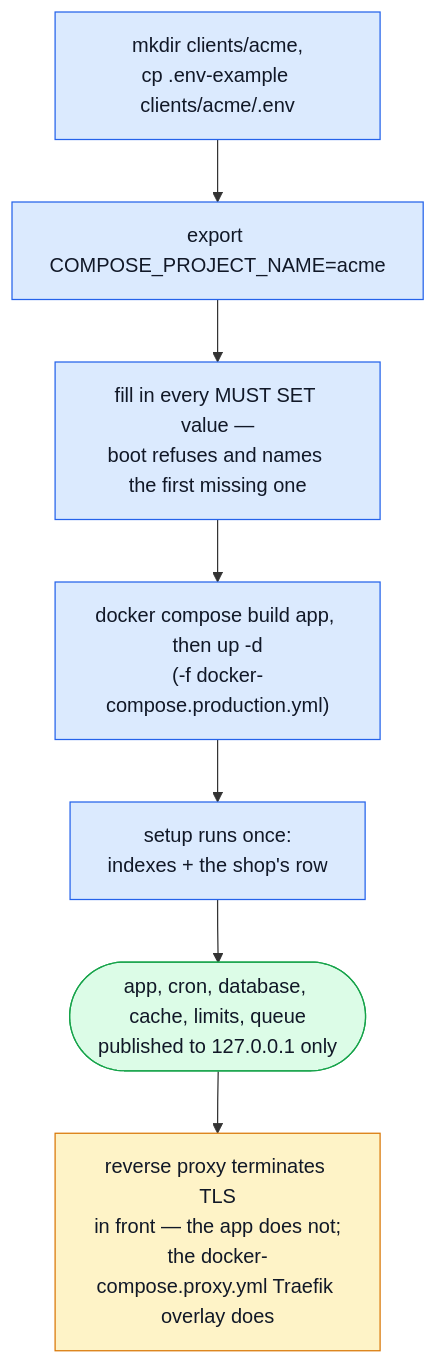
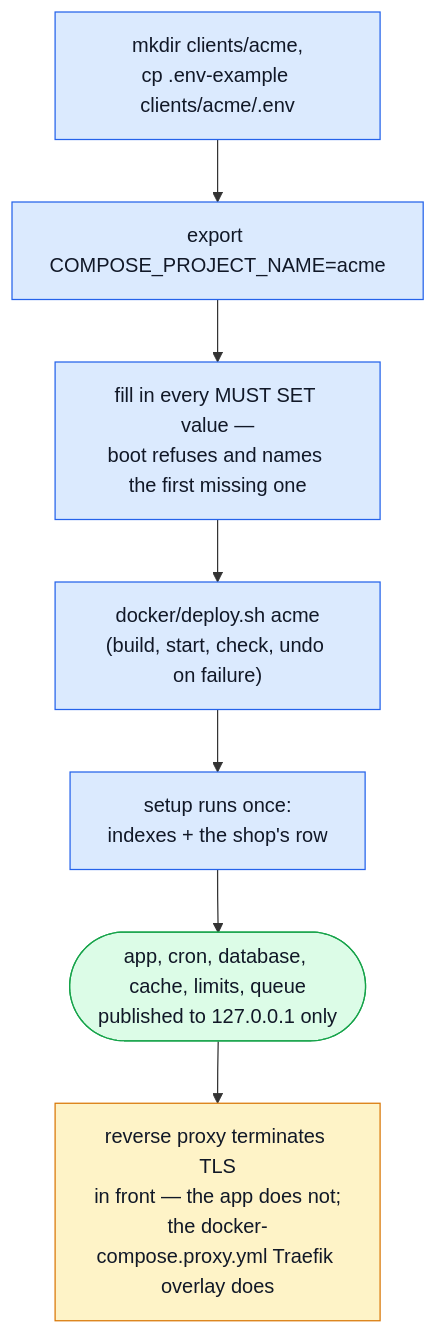
Before and after one commit to Guebbit/boilerplate-node-backend: the first of 3 diagrams in docs/getting-started-production.md, drawn with Mermaid. The commit also changed other lines of this file and 13 other files, not shown here.

````diff
--- a/docs/getting-started-production.md
+++ b/docs/getting-started-production.md
@@ -19,16 +19,16 @@
 ```mermaid
 flowchart TD
     Dir["mkdir clients/acme,\ncp .env-example clients/acme/.env"] --> Name["export COMPOSE_PROJECT_NAME=acme"]
     Name --> Secrets["fill in every MUST SET value —\nboot refuses and names the first missing one"]
-    Secrets --> Up["docker compose build app, then up -d\n(-f docker-compose.production.yml)"]
+    Secrets --> Up["docker/deploy.sh acme\n(build, start, check, undo on failure)"]
     Up --> Setup["setup runs once:\nindexes + the shop's row"]
     Setup --> Running(["app, cron, database, cache, limits, queue\npublished to 127.0.0.1 only"])
     Running --> Proxy["reverse proxy terminates TLS\nin front — the app does not;\nthe docker-compose.proxy.yml Traefik overlay does"]
 
     classDef step fill:#dbeafe,stroke:#2563eb,color:#111827;
     classDef done fill:#dcfce7,stroke:#16a34a,color:#111827;
     classDef warn fill:#fef3c7,stroke:#d97706,color:#111827;
     class Dir,Name,Secrets,Up,Setup step;
     class Running done;
     class Proxy warn;
 ```
````
